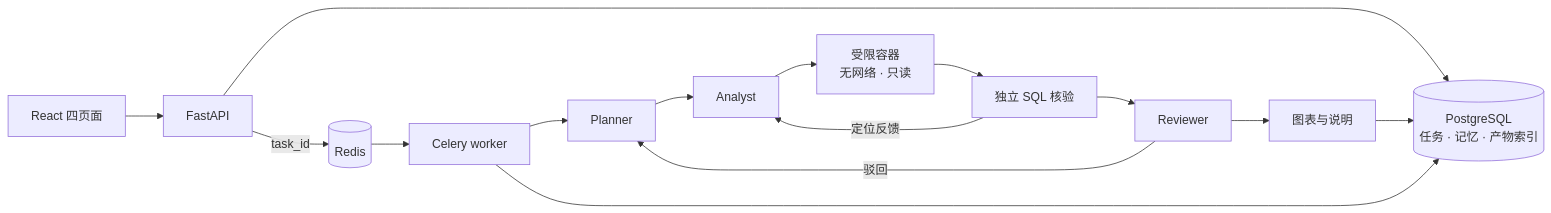
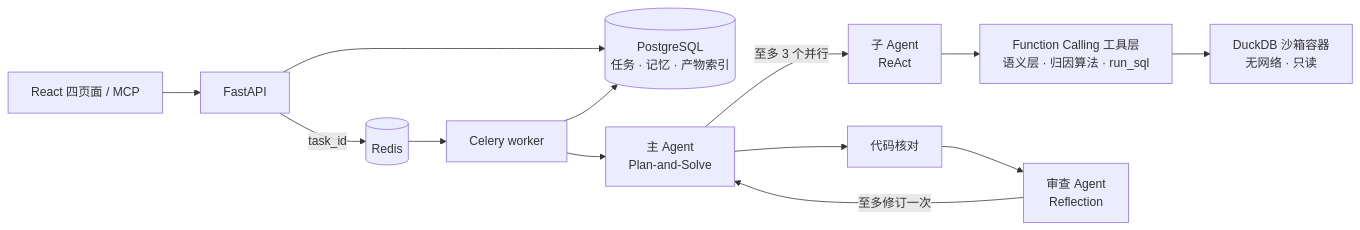
Before and after one commit to control-coder/metricproof: the diagram in README.md, drawn with Mermaid. The commit also changed other lines of this file and 2 other files, not shown here.

````diff
--- a/README.md
+++ b/README.md
@@ -56,17 +57,15 @@
 ```mermaid
 flowchart LR
-    UI[React 四页面] --> API[FastAPI]
+    UI[React 四页面 / MCP] --> API[FastAPI]
     API --> DB[(PostgreSQL<br/>任务 · 记忆 · 产物索引)]
     API -->|task_id| Q[(Redis)]
     Q --> W[Celery worker]
-    W --> P[Planner]
-    P --> A[Analyst]
-    A --> X[受限容器<br/>无网络 · 只读]
-    X --> V[独立 SQL 核验]
-    V -->|定位反馈| A
-    V --> R[Reviewer]
-    R -->|驳回| P
-    R --> D[图表与说明]
-    D --> DB
+    W --> L[主 Agent<br/>Plan-and-Solve]
+    L -->|至多 3 个并行| S[子 Agent<br/>ReAct]
+    S --> T[Function Calling 工具层<br/>语义层 · 归因算法 · run_sql]
+    T --> X[DuckDB 沙箱容器<br/>无网络 · 只读]
+    L --> C[代码核对]
+    C --> R[审查 Agent<br/>Reflection]
+    R -->|至多修订一次| L
     W --> DB
 ```
````
